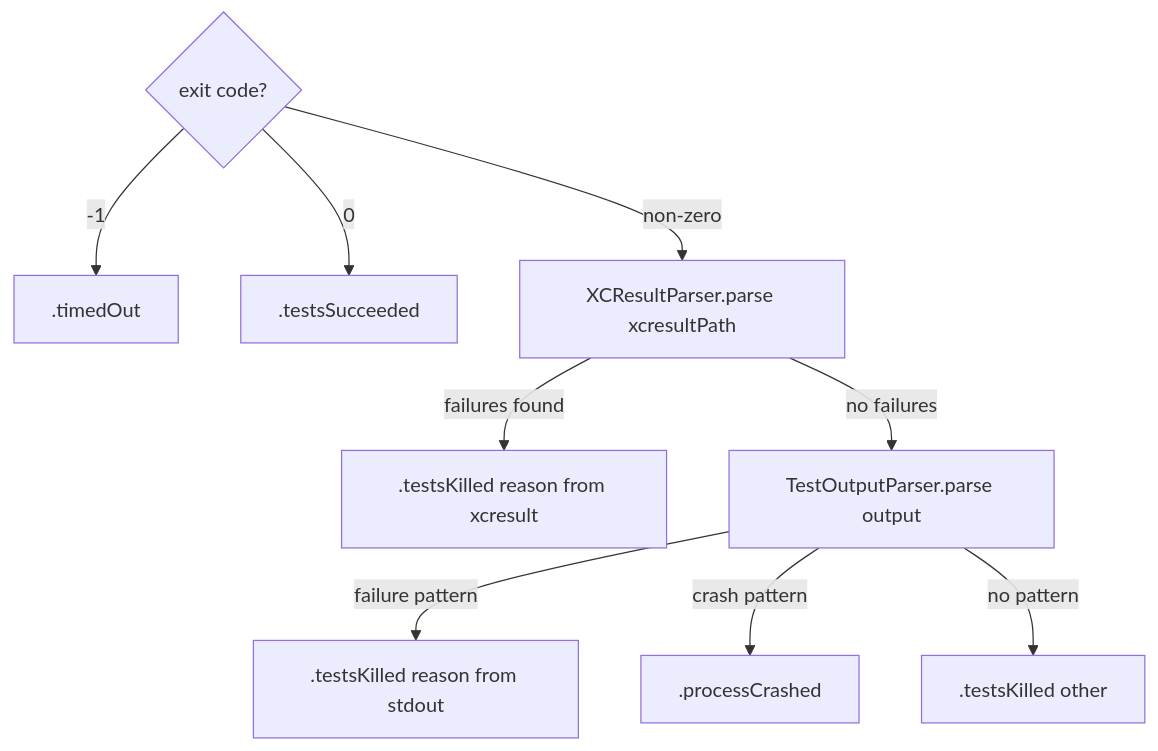
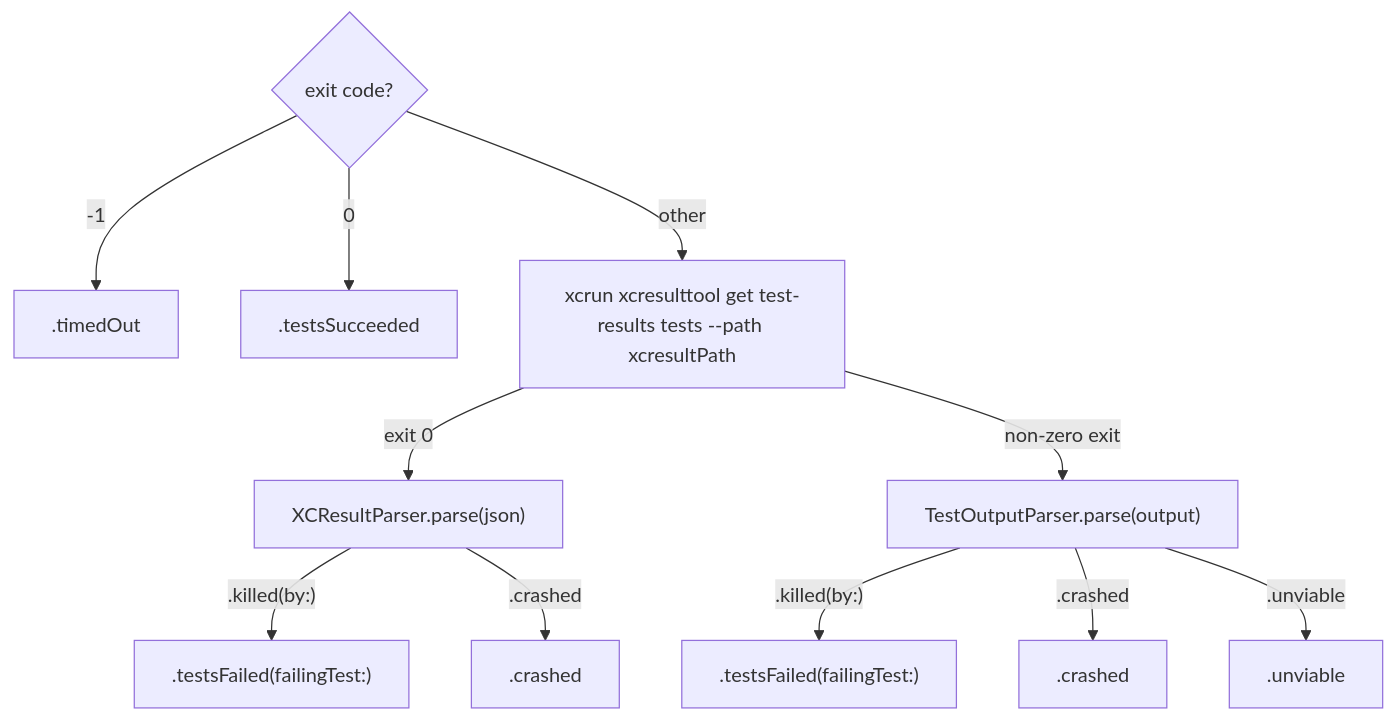
One commit to ericodx/swift-mutation-testing changed the diagram in Docs/CodeBase/08-result-parsing-cache.md. Above: the diagram before and after it, drawn with Mermaid. The commit also changed other lines of this file and 4 other files, not shown here.

````diff
--- a/Docs/CodeBase/08-result-parsing-cache.md
+++ b/Docs/CodeBase/08-result-parsing-cache.md
@@ -43,11 +44,13 @@
 ```mermaid
 flowchart TD
-    EC{exit code?} -- -1 --> TO[.timedOut]
-    EC -- 0 --> SUCCESS[.testsSucceeded]
-    EC -- non-zero --> XCR[XCResultParser.parse xcresultPath]
-    XCR -- failures found --> KILLED[.testsKilled reason from xcresult]
-    XCR -- no failures --> STDOUT[TestOutputParser.parse output]
-    STDOUT -- failure pattern --> KILLED2[.testsKilled reason from stdout]
-    STDOUT -- crash pattern --> CRASH[.processCrashed]
-    STDOUT -- no pattern --> KILLED3[.testsKilled other]
+    EC{"exit code?"} -->|"-1"| TO[".timedOut"]
+    EC -->|"0"| SUCCESS[".testsSucceeded"]
+    EC -->|"other"| TOOL["xcrun xcresulttool get test-results tests --path xcresultPath"]
+    TOOL -->|"exit 0"| XCR["XCResultParser.parse(json)"]
+    XCR -->|".killed(by:)"| KILLED[".testsFailed(failingTest:)"]
+    XCR -->|".crashed"| CRASH[".crashed"]
+    TOOL -->|"non-zero exit"| STDOUT["TestOutputParser.parse(output)"]
+    STDOUT -->|".killed(by:)"| KILLED2[".testsFailed(failingTest:)"]
+    STDOUT -->|".crashed"| CRASH2[".crashed"]
+    STDOUT -->|".unviable"| UNVIABLE[".unviable"]
 ```
````
